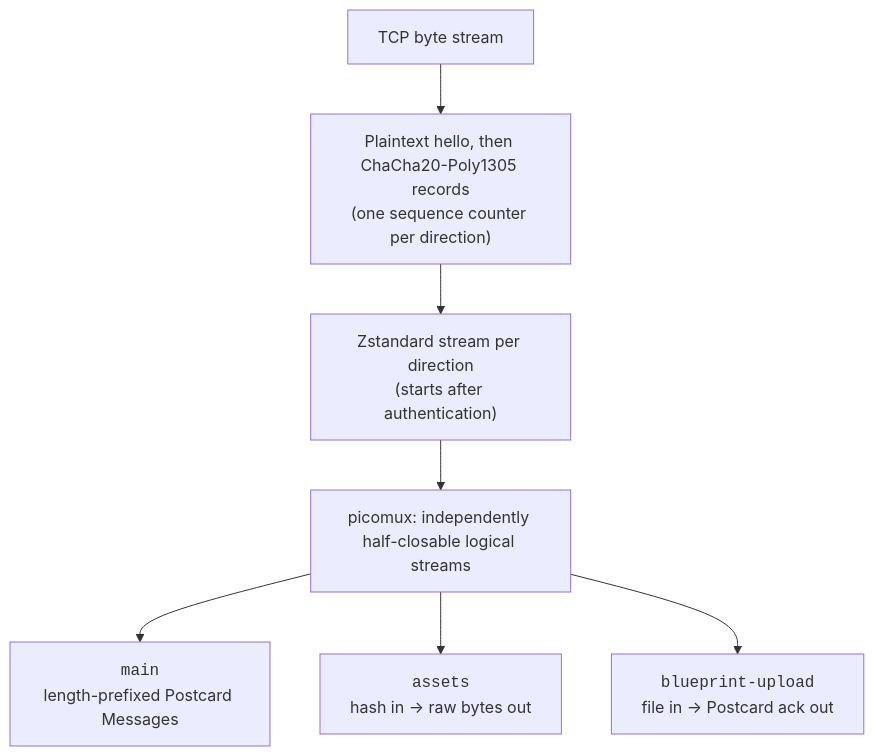
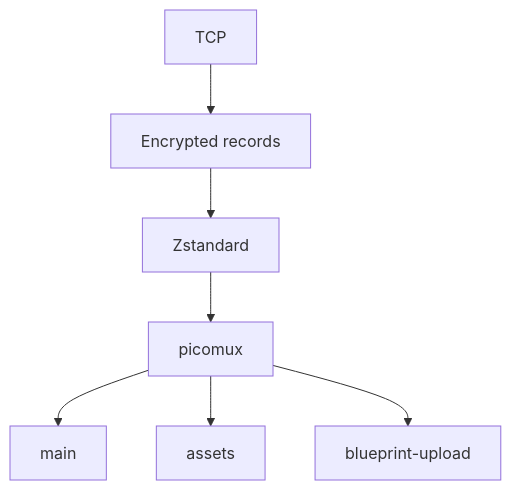
The first of 7 diagrams in docs/protocol.md (project-ostomo/toy-sim), drawn with Mermaid before and after one commit. The commit also changed other lines of this file, not shown here.

Commit message:
Refactor protocol diagram and add layer descriptions in protocol.md

````diff
--- a/docs/protocol.md
+++ b/docs/protocol.md
@@ -57,14 +57,7 @@
 ```mermaid
 flowchart TB
-    tcp["TCP byte stream"]
-    rec["Plaintext hello, then ChaCha20-Poly1305 records<br/>(one sequence counter per direction)"]
-    zstd["Zstandard stream per direction<br/>(starts after authentication)"]
-    mux["picomux: independently half-closable logical streams"]
-    main["<code>main</code><br/>length-prefixed Postcard Messages"]
-    assets["<code>assets</code><br/>hash in → raw bytes out"]
-    upload["<code>blueprint-upload</code><br/>file in → Postcard ack out"]
-    tcp --> rec --> zstd --> mux
-    mux --> main
-    mux --> assets
-    mux --> upload
+    tcp[TCP] --> rec[Encrypted records] --> zstd[Zstandard] --> mux[picomux]
+    mux --> main[main]
+    mux --> assets[assets]
+    mux --> upload[blueprint-upload]
 ```
````
